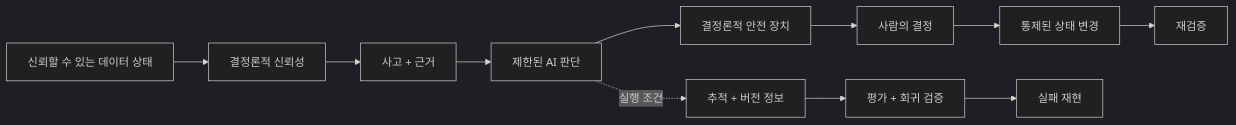
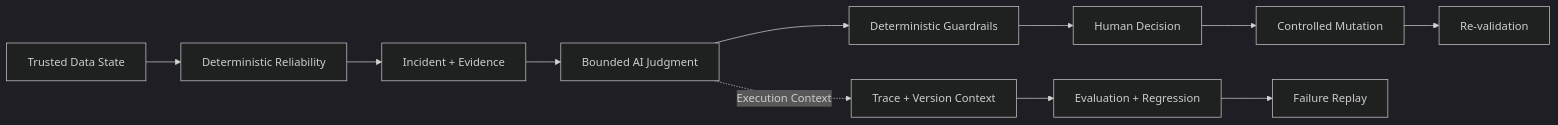
One commit to mols3131d/hmda-data-reliability changed the diagram in docs/VISION.md. Above: the diagram before and after it, drawn with Mermaid (dark theme). The commit also changed other lines of this file, not shown here.

````diff
--- a/docs/VISION.md
+++ b/docs/VISION.md
@@ -35,14 +35,14 @@
 ```mermaid
 flowchart LR
-    state["신뢰할 수 있는 데이터 상태"] --> reliability["결정론적 신뢰성"]
-    reliability --> evidence["사고 + 근거"]
-    evidence --> ai["제한된 AI 판단"]
-    ai --> guard["결정론적 안전 장치"]
-    guard --> human["사람의 결정"]
-    human --> mutation["통제된 상태 변경"]
-    mutation --> verify["재검증"]
+    state["Trusted Data State"] --> reliability["Deterministic Reliability"]
+    reliability --> evidence["Incident + Evidence"]
+    evidence --> ai["Bounded AI Judgment"]
+    ai --> guard["Deterministic Guardrails"]
+    guard --> human["Human Decision"]
+    human --> mutation["Controlled Mutation"]
+    mutation --> verify["Re-validation"]
 
-    ai -. 실행 조건 .-> trace["추적 + 버전 정보"]
-    trace --> eval["평가 + 회귀 검증"]
-    eval --> replay["실패 재현"]
+    ai -. Execution Context .-> trace["Trace + Version Context"]
+    trace --> eval["Evaluation + Regression"]
+    eval --> replay["Failure Replay"]
 ```
````
